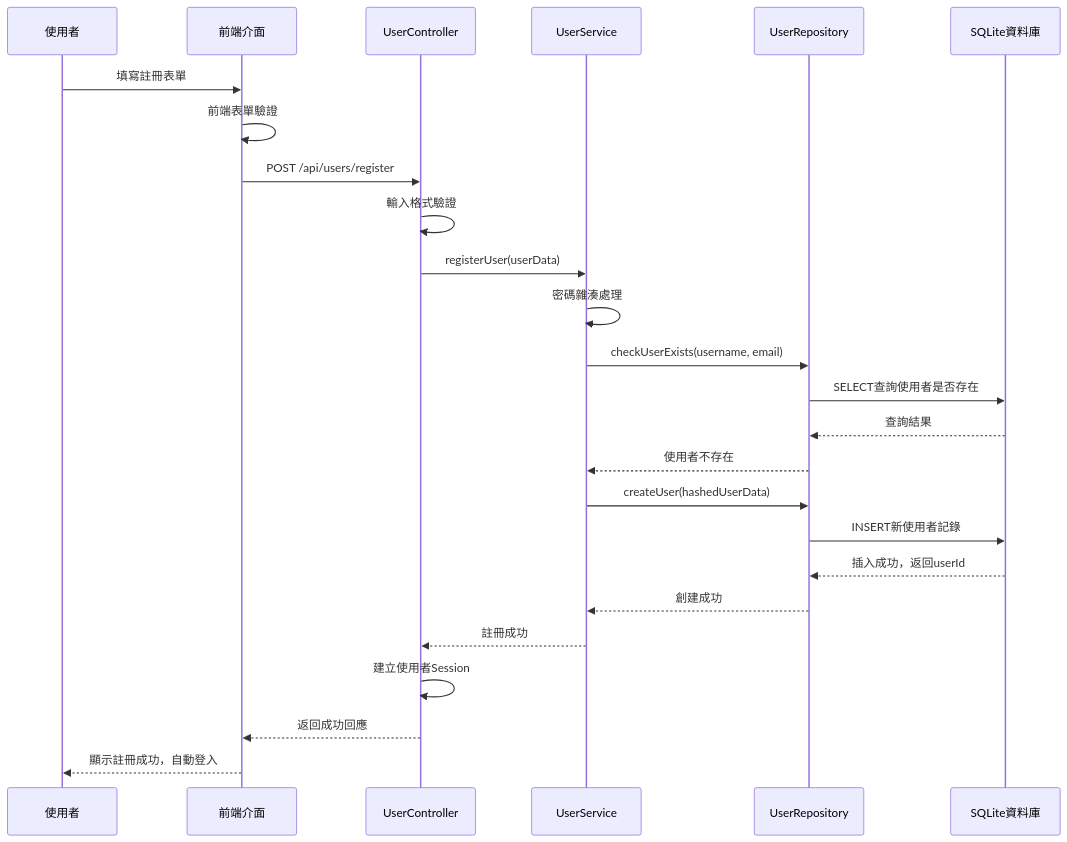
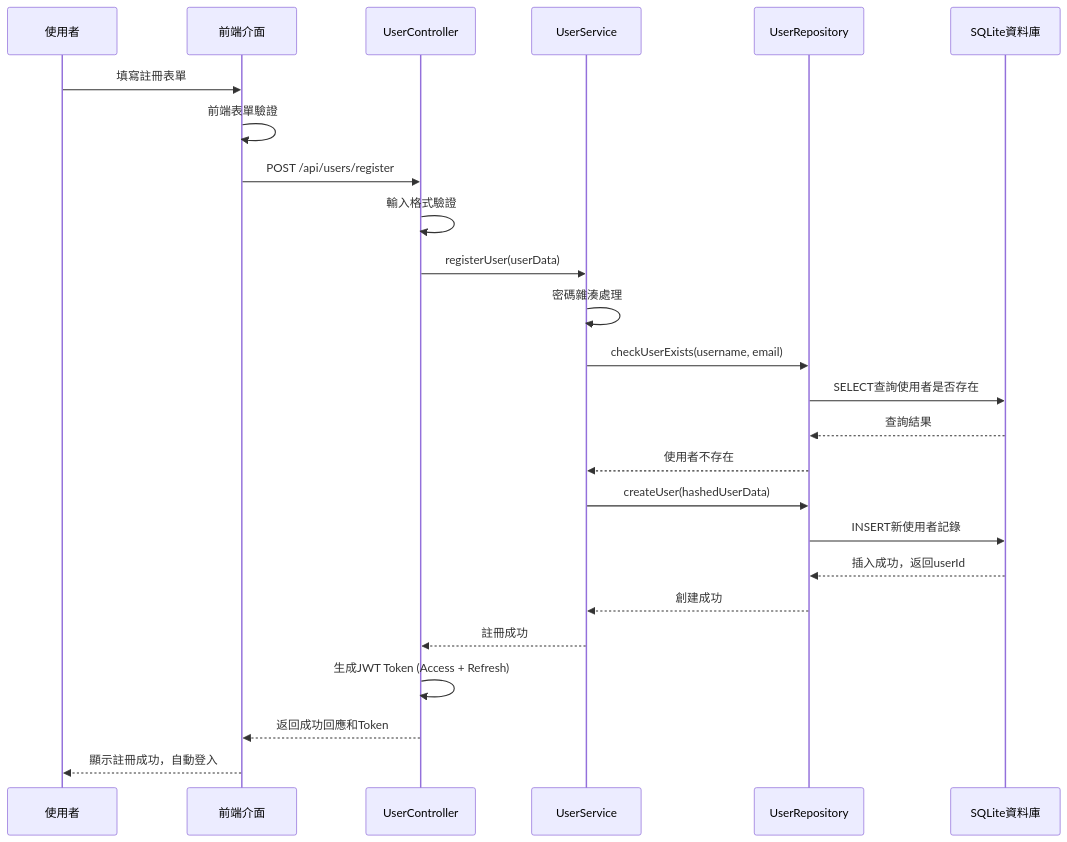
The first of 8 diagrams in aotter-wow-system/docs/sequence-diagram.md (ayugioh2003/ooad-ai), drawn with Mermaid before and after one commit. The commit also changed other lines of this file and 3 other files, not shown here.

Commit message:
feat: 更新系統架構與類別圖，新增 JWT 認證與 Token 管理策略，強化安全性設計

````diff
--- a/aotter-wow-system/docs/sequence-diagram.md
+++ b/aotter-wow-system/docs/sequence-diagram.md
@@ -11,28 +11,28 @@
 ```mermaid
 sequenceDiagram
     participant User as 使用者
     participant UI as 前端介面
     participant UC as UserController
     participant US as UserService
     participant UR as UserRepository
     participant DB as SQLite資料庫
 
     User->>UI: 填寫註冊表單
     UI->>UI: 前端表單驗證
     UI->>UC: POST /api/users/register
     UC->>UC: 輸入格式驗證
     UC->>US: registerUser(userData)
     US->>US: 密碼雜湊處理
     US->>UR: checkUserExists(username, email)
     UR->>DB: SELECT查詢使用者是否存在
     DB-->>UR: 查詢結果
     UR-->>US: 使用者不存在
     US->>UR: createUser(hashedUserData)
     UR->>DB: INSERT新使用者記錄
     DB-->>UR: 插入成功，返回userId
     UR-->>US: 創建成功
     US-->>UC: 註冊成功
-    UC->>UC: 建立使用者Session
-    UC-->>UI: 返回成功回應
+    UC->>UC: 生成JWT Token (Access + Refresh)
+    UC-->>UI: 返回成功回應和Token
     UI-->>User: 顯示註冊成功，自動登入
 ```
````
